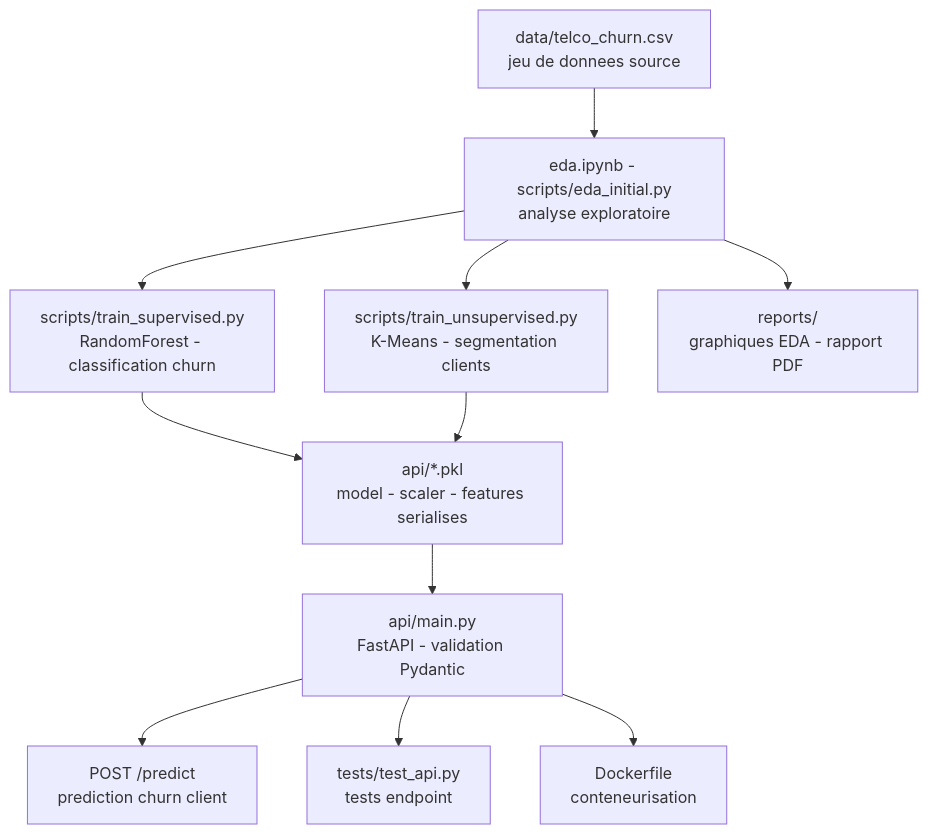
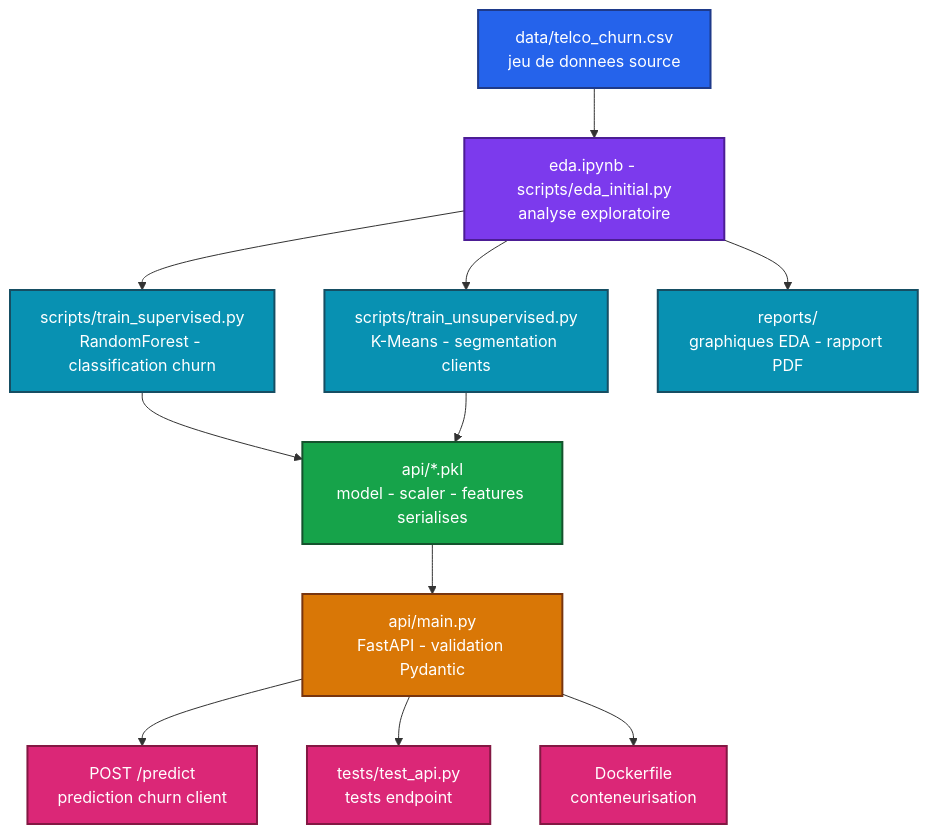
One commit to Adam-Blf/Evaluation_Finale_DataScience_Beloucif changed the diagram in README.md. Above: the diagram before and after it, drawn with Mermaid.

Commit message:
docs: add colors to mermaid diagrams (#4)
Each node gets a palette class (by subgraph or by flow depth), subgraphs are tinted, non-flowchart diagrams use a colored base theme. Validated by rendering every diagram before and after.

````diff
--- a/README.md
+++ b/README.md
@@ -32,23 +32,36 @@
 ```mermaid
 flowchart TB
     A["data/telco_churn.csv<br/>jeu de donnees source"]
     B["eda.ipynb - scripts/eda_initial.py<br/>analyse exploratoire"]
     C["scripts/train_supervised.py<br/>RandomForest - classification churn"]
     D["scripts/train_unsupervised.py<br/>K-Means - segmentation clients"]
     E["api/*.pkl<br/>model - scaler - features serialises"]
     F["api/main.py<br/>FastAPI - validation Pydantic"]
     G["POST /predict<br/>prediction churn client"]
     H["tests/test_api.py<br/>tests endpoint"]
     I["reports/<br/>graphiques EDA - rapport PDF"]
     J["Dockerfile<br/>conteneurisation"]
     A --> B
     B --> C
     B --> D
     C --> E
     D --> E
     E --> F
     F --> G
     F --> H
     B --> I
     F --> J
+
+    classDef c0 fill:#2563eb,stroke:#1e3a8a,stroke-width:2px,color:#ffffff
+    classDef c1 fill:#7c3aed,stroke:#4c1d95,stroke-width:2px,color:#ffffff
+    classDef c2 fill:#0891b2,stroke:#164e63,stroke-width:2px,color:#ffffff
+    classDef c3 fill:#16a34a,stroke:#14532d,stroke-width:2px,color:#ffffff
+    classDef c4 fill:#d97706,stroke:#78350f,stroke-width:2px,color:#ffffff
+    classDef c5 fill:#db2777,stroke:#831843,stroke-width:2px,color:#ffffff
+    class A c0
+    class B c1
+    class C,D,I c2
+    class E c3
+    class F c4
+    class G,H,J c5
 ```
````
